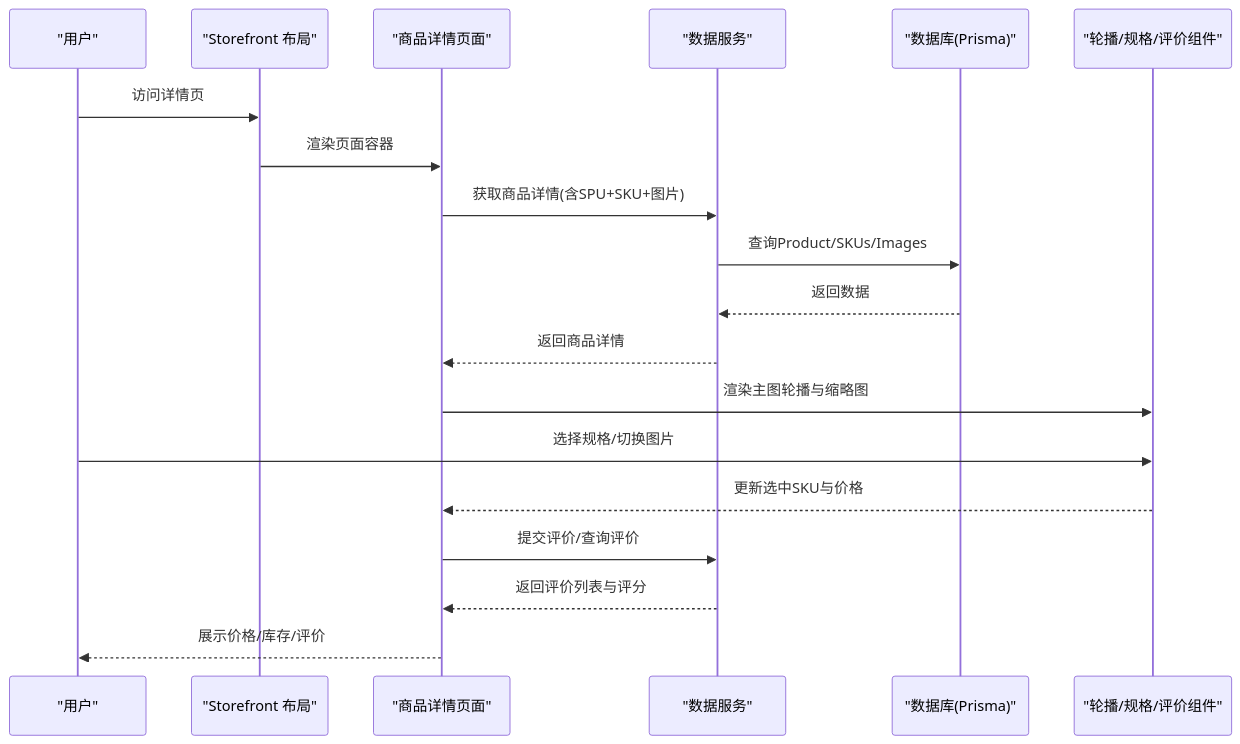
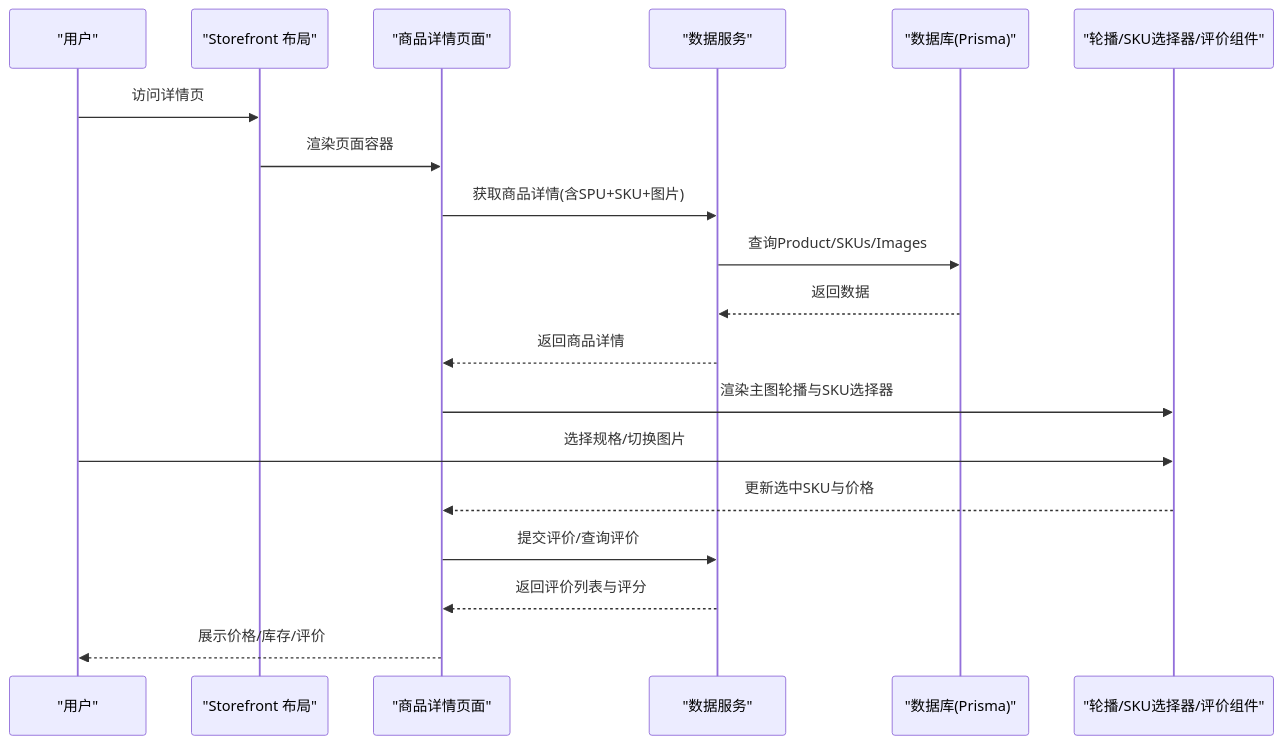
One commit to three3638-arch/celestia_2b changed the second of 8 diagrams in .qoder/repowiki/zh/content/前台商店系统/商品展示系统/商品详情页面.md. Above: the diagram before and after it, drawn with Mermaid. The commit also changed other lines of this file and 5 other files, not shown here.

````diff
--- a/.qoder/repowiki/zh/content/前台商店系统/商品展示系统/商品详情页面.md
+++ b/.qoder/repowiki/zh/content/前台商店系统/商品展示系统/商品详情页面.md
@@ -108,21 +126,21 @@
 ```mermaid
 sequenceDiagram
 participant U as "用户"
 participant L as "Storefront 布局"
 participant P as "商品详情页面"
 participant S as "数据服务"
 participant DB as "数据库(Prisma)"
-participant UI as "轮播/规格/评价组件"
+participant UI as "轮播/SKU选择器/评价组件"
 U->>L : 访问详情页
 L->>P : 渲染页面容器
 P->>S : 获取商品详情(含SPU+SKU+图片)
 S->>DB : 查询Product/SKUs/Images
 DB-->>S : 返回数据
 S-->>P : 返回商品详情
-P->>UI : 渲染主图轮播与缩略图
+P->>UI : 渲染主图轮播与SKU选择器
 U->>UI : 选择规格/切换图片
 UI-->>P : 更新选中SKU与价格
 P->>S : 提交评价/查询评价
 S-->>P : 返回评价列表与评分
 P-->>U : 展示价格/库存/评价
 ```
````
